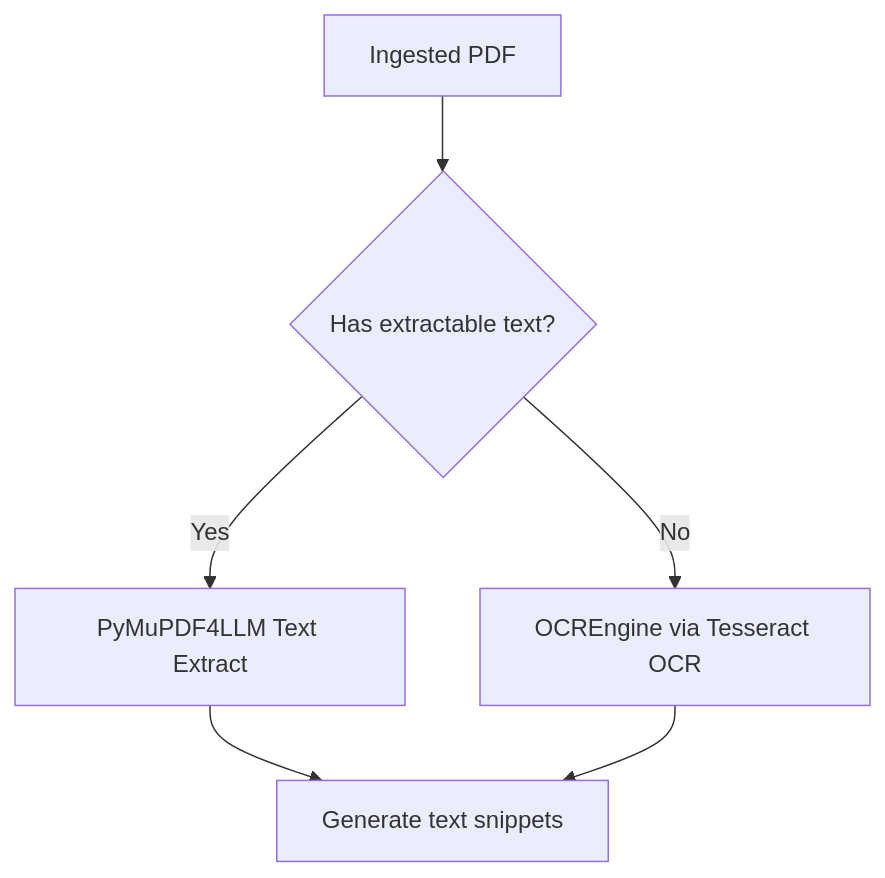
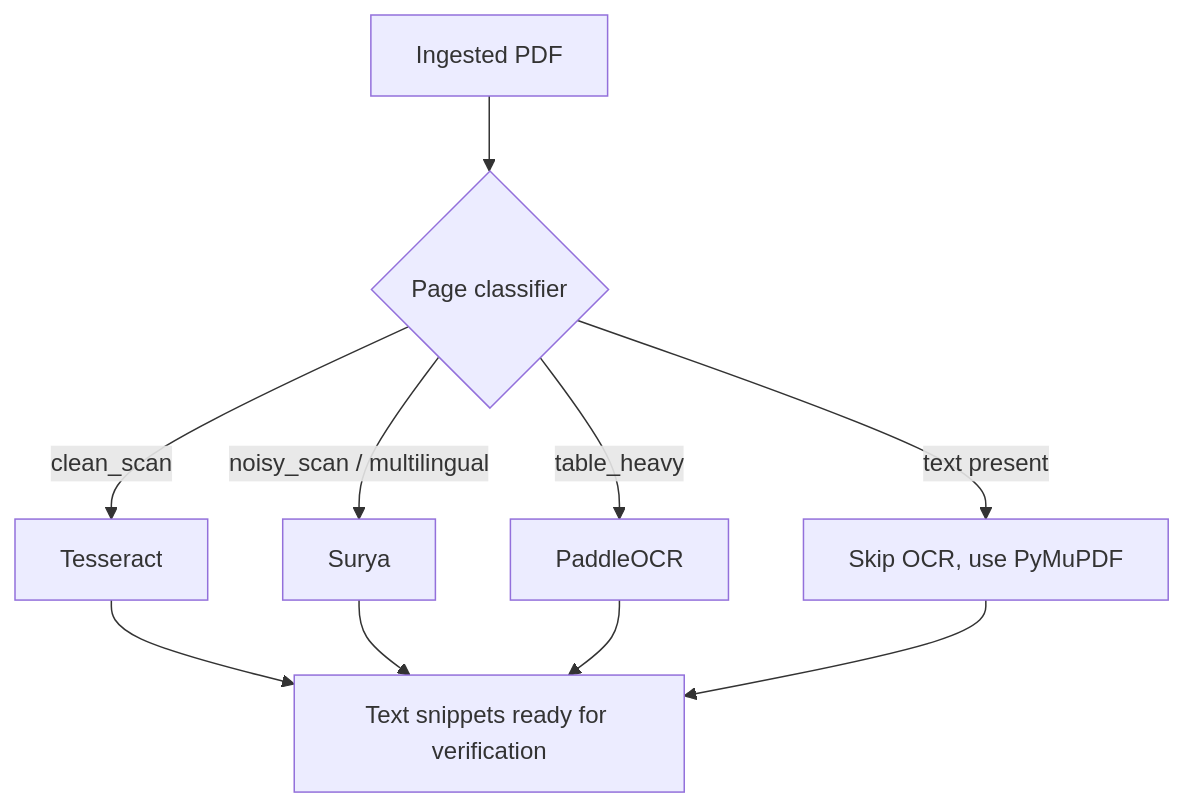
Before and after one commit to felixapel/calibre-bookwarden: the third of 3 diagrams in docs/architecture/target-advanced-architecture.md, drawn with Mermaid. The commit also changed other lines of this file and 12 other files, not shown here.

````diff
--- a/docs/architecture/target-advanced-architecture.md
+++ b/docs/architecture/target-advanced-architecture.md
@@ -114,8 +203,12 @@
 ```mermaid
 flowchart TD
-    Start[Ingested PDF] --> Check{Has extractable text?}
-    Check -- Yes --> Extract[PyMuPDF4LLM Text Extract]
-    Check -- No --> OCR[OCREngine via Tesseract OCR]
-    Extract --> Finish[Generate text snippets]
-    OCR --> Finish
+    Start[Ingested PDF] --> Classify{Page classifier}
+    Classify -- "text present" --> Skip[Skip OCR, use PyMuPDF]
+    Classify -- "clean_scan" --> Tesseract
+    Classify -- "noisy_scan / multilingual" --> Surya
+    Classify -- "table_heavy" --> PaddleOCR
+    Tesseract --> Finish
+    Surya --> Finish
+    PaddleOCR --> Finish
+    Skip --> Finish[Text snippets ready for verification]
 ```
````
